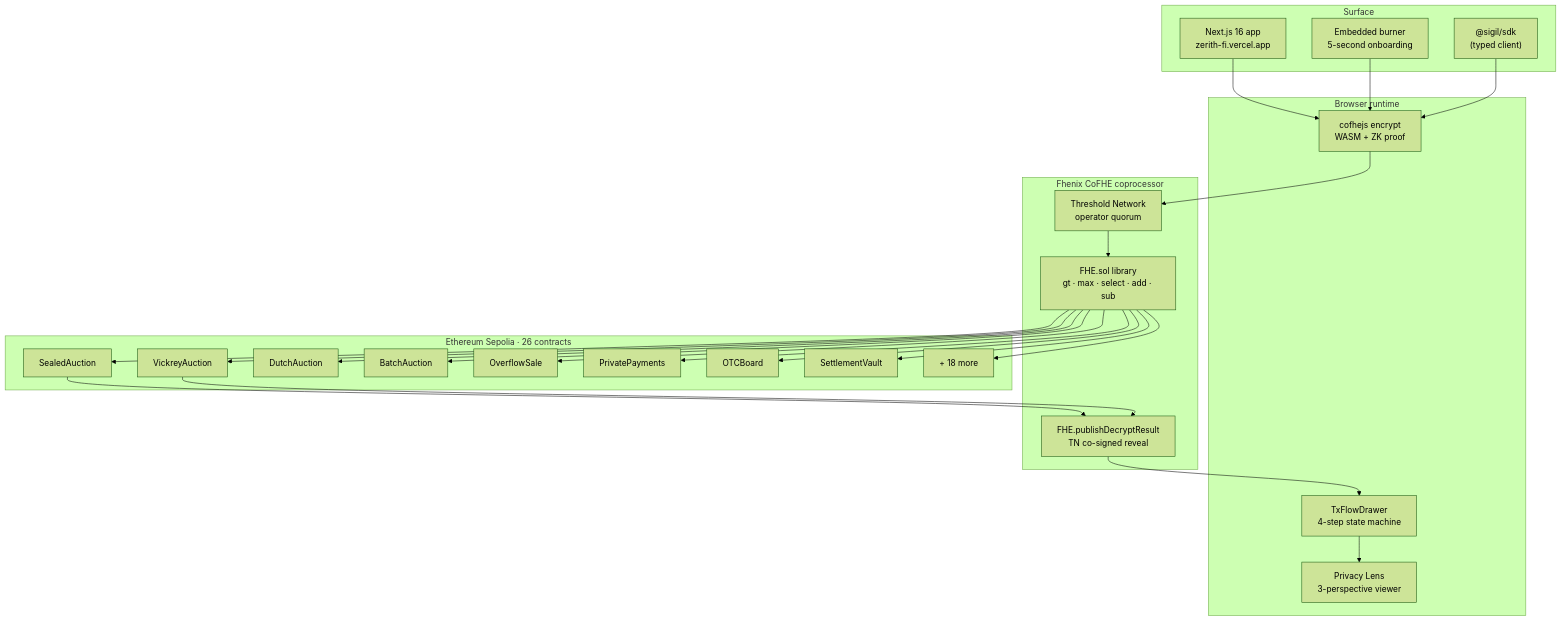
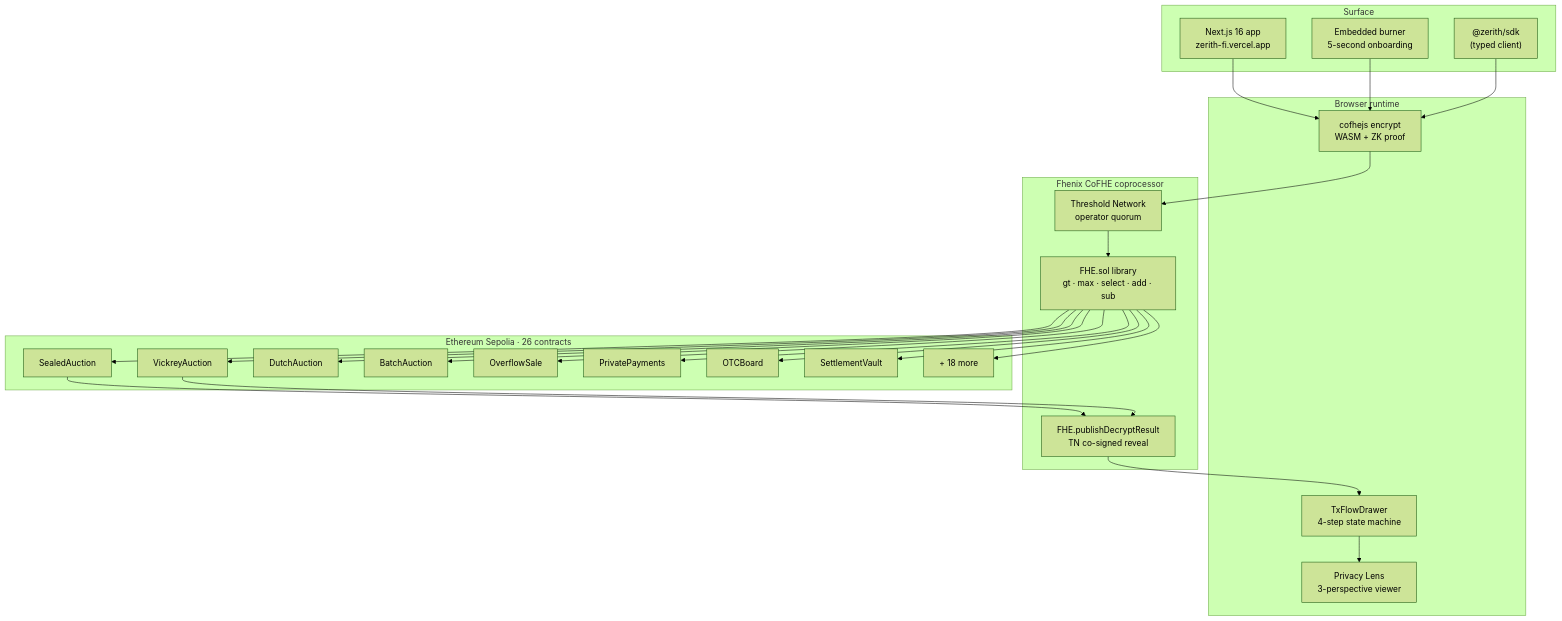
The second of 2 diagrams in README.md (Ritik200238/CipherDEX), drawn with Mermaid (forest theme) before and after one commit. The commit also changed other lines of this file and 42 other files, not shown here.

First line of the commit message:
fix(audit): truth-align claims + unbrick dead UI flows from 271-agent judge audit

````diff
--- a/README.md
+++ b/README.md
@@ -154,51 +154,51 @@
 ```mermaid
 flowchart TB
   subgraph Surface["Surface"]
     UI["Next.js 16 app<br/>zerith-fi.vercel.app"]
     Burner["Embedded burner<br/>5-second onboarding"]
-    SDK["@sigil/sdk<br/>(typed client)"]
+    SDK["@zerith/sdk<br/>(typed client)"]
   end
 
   subgraph Runtime["Browser runtime"]
     Enc["cofhejs encrypt<br/>WASM + ZK proof"]
     Tx["TxFlowDrawer<br/>4-step state machine"]
     Lens["Privacy Lens<br/>3-perspective viewer"]
   end
 
   subgraph Fhenix["Fhenix CoFHE coprocessor"]
     TN["Threshold Network<br/>operator quorum"]
     Lib["FHE.sol library<br/>gt · max · select · add · sub"]
     Decrypt["FHE.publishDecryptResult<br/>TN co-signed reveal"]
   end
 
   subgraph Chain["Ethereum Sepolia · 26 contracts"]
     SA["SealedAuction"]
     VA["VickreyAuction"]
     DA["DutchAuction"]
     BA["BatchAuction"]
     OS["OverflowSale"]
     PP["PrivatePayments"]
     OTC["OTCBoard"]
     SV["SettlementVault"]
     Plus["+ 18 more"]
   end
 
   UI --> Enc
   Burner --> Enc
   SDK --> Enc
   Enc --> TN
   TN --> Lib
   Lib --> SA
   Lib --> VA
   Lib --> DA
   Lib --> BA
   Lib --> OS
   Lib --> PP
   Lib --> OTC
   Lib --> SV
   Lib --> Plus
   SA --> Decrypt
   VA --> Decrypt
   Decrypt --> Tx
   Tx --> Lens
 ```
````
